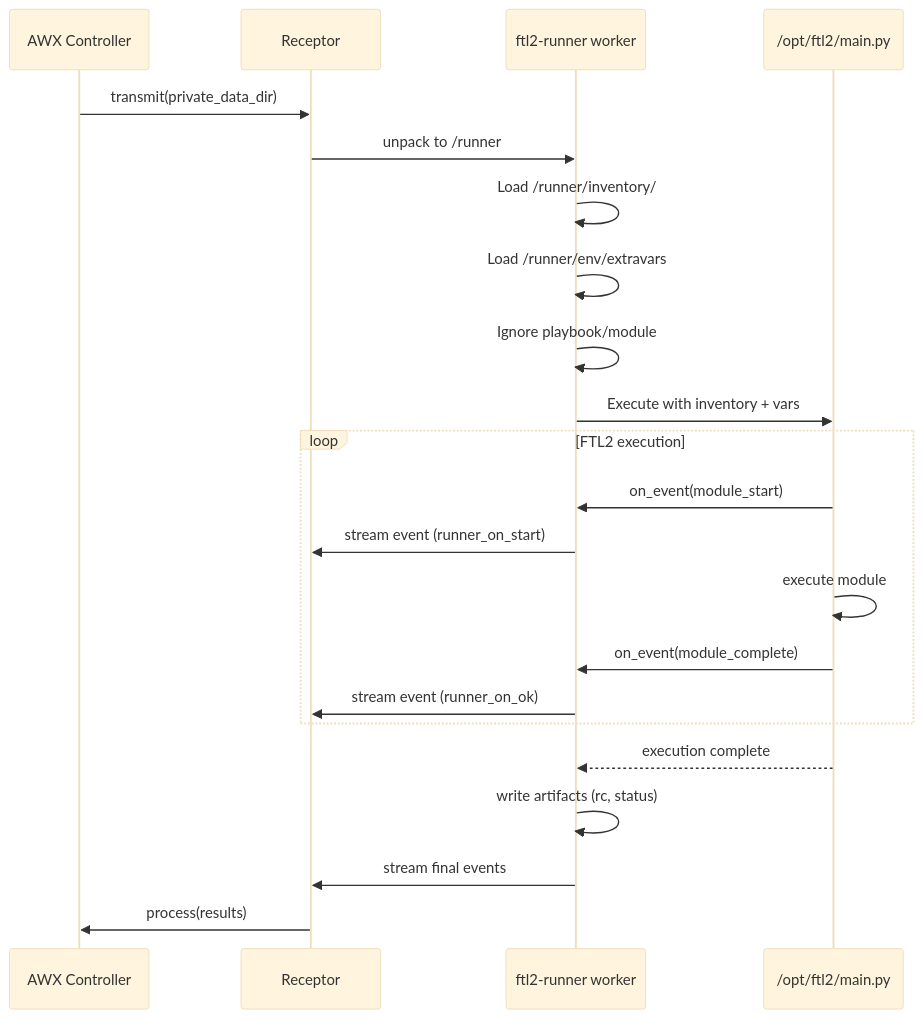
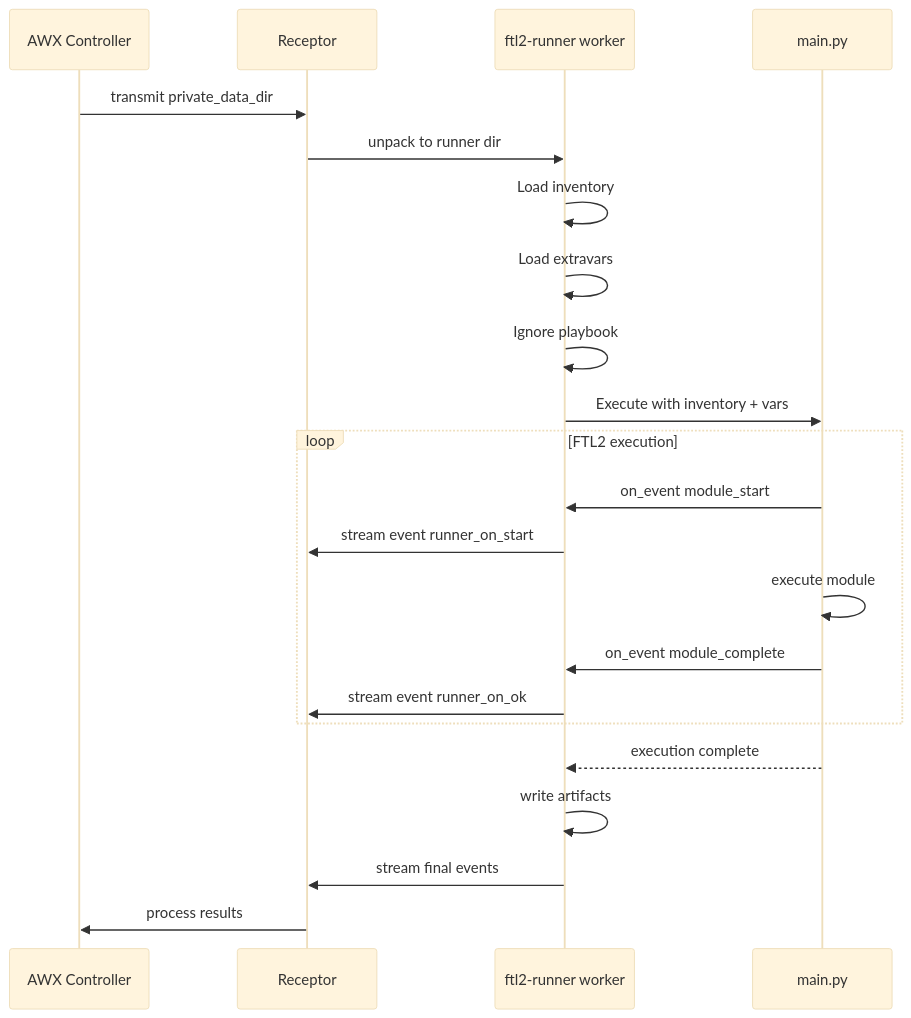
One commit to benthomasson/ftl2-runner changed the second of 2 diagrams in docs/ftl2-runner-design.md. Above: the diagram before and after it, drawn with Mermaid (base theme). The commit also changed other lines of this file, not shown here.

Commit message:
Fix mermaid syntax for GitHub rendering
Remove slashes and special characters that break GitHub mermaid parser.

````diff
--- a/docs/ftl2-runner-design.md
+++ b/docs/ftl2-runner-design.md
@@ -66,29 +66,29 @@
 ```mermaid
 sequenceDiagram
     participant AWX as AWX Controller
     participant RX as Receptor
     participant WK as ftl2-runner worker
-    participant FTL as /opt/ftl2/main.py
+    participant FTL as main.py
 
-    AWX->>RX: transmit(private_data_dir)
-    RX->>WK: unpack to /runner
+    AWX->>RX: transmit private_data_dir
+    RX->>WK: unpack to runner dir
 
-    WK->>WK: Load /runner/inventory/
-    WK->>WK: Load /runner/env/extravars
-    WK->>WK: Ignore playbook/module
+    WK->>WK: Load inventory
+    WK->>WK: Load extravars
+    WK->>WK: Ignore playbook
 
     WK->>FTL: Execute with inventory + vars
 
     loop FTL2 execution
-        FTL->>WK: on_event(module_start)
-        WK->>RX: stream event (runner_on_start)
+        FTL->>WK: on_event module_start
+        WK->>RX: stream event runner_on_start
         FTL->>FTL: execute module
-        FTL->>WK: on_event(module_complete)
-        WK->>RX: stream event (runner_on_ok)
+        FTL->>WK: on_event module_complete
+        WK->>RX: stream event runner_on_ok
     end
 
     FTL-->>WK: execution complete
-    WK->>WK: write artifacts (rc, status)
+    WK->>WK: write artifacts
     WK->>RX: stream final events
-    RX->>AWX: process(results)
+    RX->>AWX: process results
 ```
````
